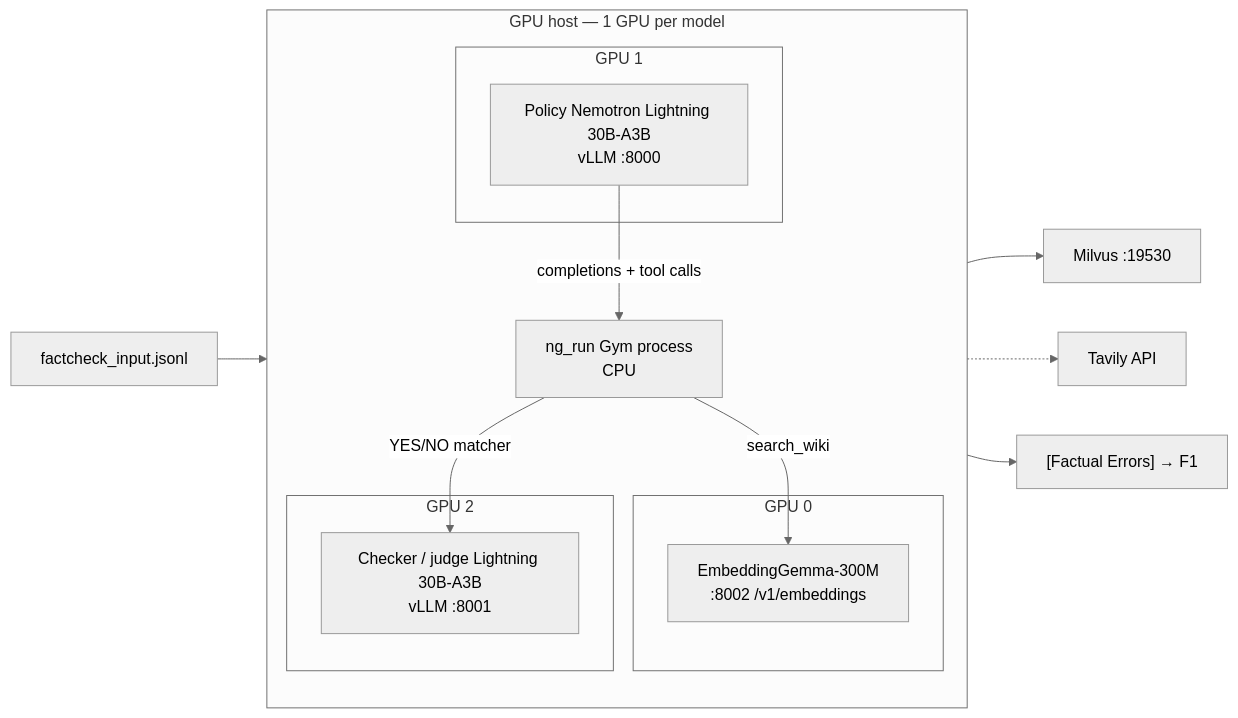
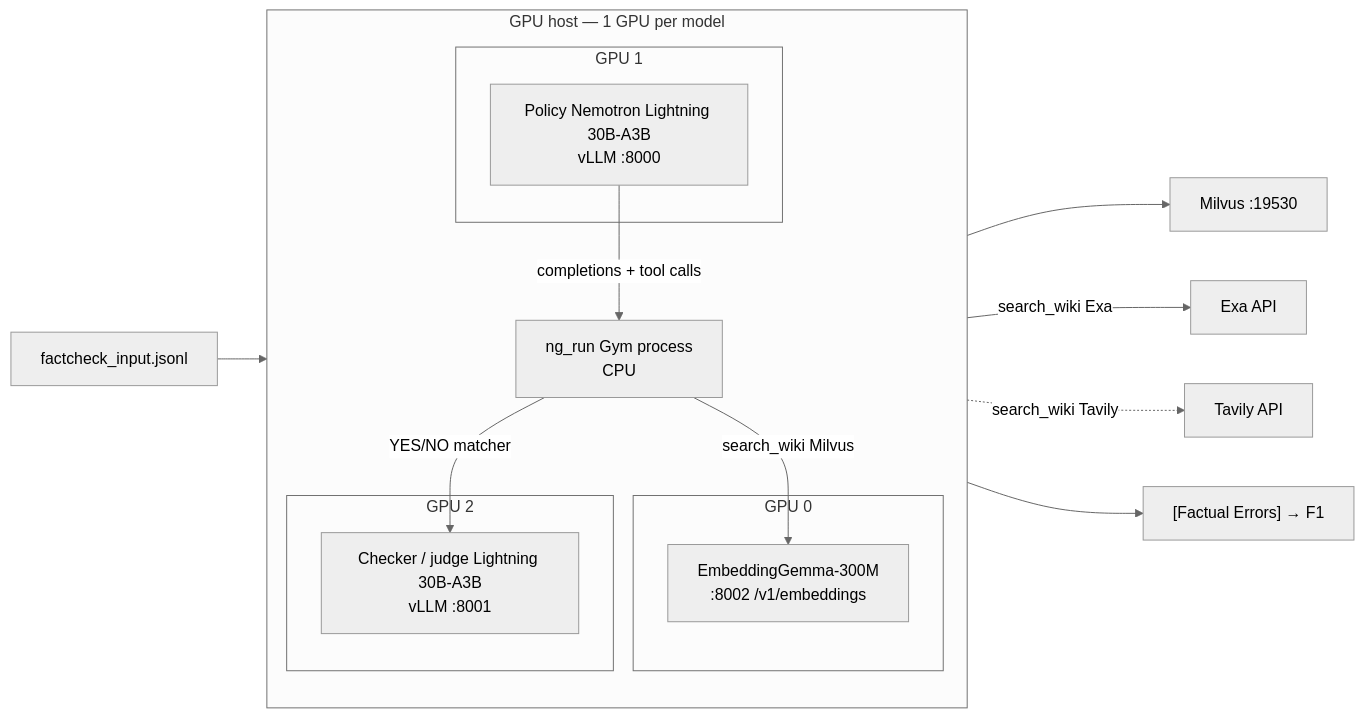
Before and after one commit to singhmanas1/nemo-gym-factcheck: the diagram in README.md, drawn with Mermaid (neutral theme). The commit also changed other lines of this file and 1 other file, not shown here.

Commit message:
Document HyDE, Exa, and the 156-row collect in the README and skill.

````diff
--- a/README.md
+++ b/README.md
@@ -11,23 +11,24 @@
 ```mermaid
 flowchart LR
   subgraph host["GPU host — 1 GPU per model"]
     direction TB
     subgraph g0["GPU 0"]
       E["EmbeddingGemma-300M<br/>:8002 /v1/embeddings"]
     end
     subgraph g1["GPU 1"]
       P["Policy Nemotron Lightning 30B-A3B<br/>vLLM :8000"]
     end
     subgraph g2["GPU 2"]
       C["Checker / judge Lightning 30B-A3B<br/>vLLM :8001"]
     end
     Gym["ng_run Gym process<br/>CPU"]
   end
   In["factcheck_input.jsonl"] --> P
   P -->|"completions + tool calls"| Gym
-  Gym -->|"search_wiki"| E
+  Gym -->|"search_wiki Milvus"| E
   E --> M["Milvus :19530"]
-  Gym -.-> T["Tavily API"]
+  Gym -->|"search_wiki Exa"| X["Exa API"]
+  Gym -.->|"search_wiki Tavily"| T["Tavily API"]
   Gym -->|"YES/NO matcher"| C
   C --> Out["[Factual Errors] → F1"]
 ```
````
